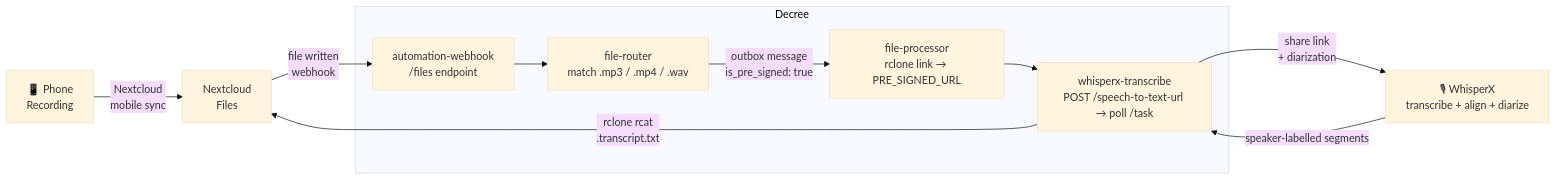
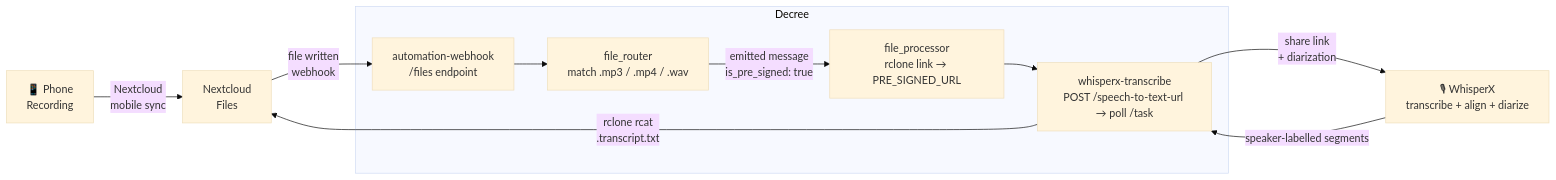
Before and after one commit to jtmckay/existential: the diagram in site/docs/flows/recording-transcription.md, drawn with Mermaid (base theme). The commit also changed other lines of this file and 108 other files, not shown here.

````diff
--- a/site/docs/flows/recording-transcription.md
+++ b/site/docs/flows/recording-transcription.md
@@ -9,24 +9,24 @@
 ```mermaid
 flowchart LR
     phone["📱 Phone\nRecording"] -->|"Nextcloud\nmobile sync"| nc
 
     nc["Nextcloud\nFiles"]
 
     nc -->|"file written
 webhook"| webhook
 
     subgraph decree["Decree"]
         webhook["automation-webhook
 /files endpoint"]
-        router["file-router\nmatch .mp3 / .mp4 / .wav"]
-        processor["file-processor\nrclone link → PRE_SIGNED_URL"]
+        router["file_router\nmatch .mp3 / .mp4 / .wav"]
+        processor["file_processor\nrclone link → PRE_SIGNED_URL"]
         transcriber["whisperx-transcribe\nPOST /speech-to-text-url → poll /task"]
         webhook --> router
-        router -->|"outbox message\nis_pre_signed: true"| processor
+        router -->|"emitted message\nis_pre_signed: true"| processor
         processor --> transcriber
     end
 
     transcriber -->|"share link\n+ diarization"| whisper["🎙 WhisperX\ntranscribe + align + diarize"]
     whisper -->|"speaker-labelled segments"| transcriber
     transcriber -->|"rclone rcat\n.transcript.txt"| nc
 ```
````
